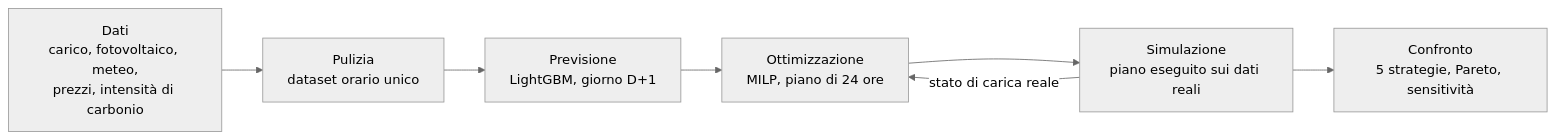
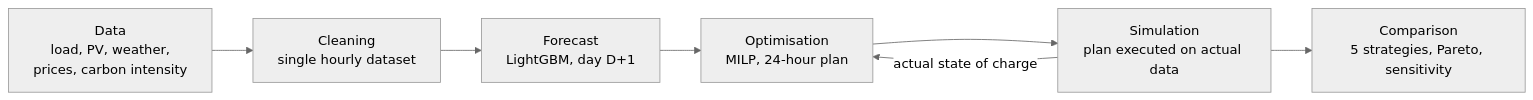
One commit to irreprensibile22/MicroGrid changed the diagram in README.md. Above: the diagram before and after it, drawn with Mermaid (neutral theme). The commit also changed other lines of this file and 33 other files, not shown here.

````diff
--- a/README.md
+++ b/README.md
@@ -23,9 +23,9 @@
 ```mermaid
 flowchart LR
-    A["Dati<br/>carico, fotovoltaico, meteo,<br/>prezzi, intensità di carbonio"] --> B["Pulizia<br/>dataset orario unico"]
-    B --> C["Previsione<br/>LightGBM, giorno D+1"]
-    C --> D["Ottimizzazione<br/>MILP, piano di 24 ore"]
-    D --> E["Simulazione<br/>piano eseguito sui dati reali"]
-    E --> F["Confronto<br/>5 strategie, Pareto, sensitività"]
-    E -- "stato di carica reale" --> D
+    A["Data<br/>load, PV, weather,<br/>prices, carbon intensity"] --> B["Cleaning<br/>single hourly dataset"]
+    B --> C["Forecast<br/>LightGBM, day D+1"]
+    C --> D["Optimisation<br/>MILP, 24-hour plan"]
+    D --> E["Simulation<br/>plan executed on actual data"]
+    E --> F["Comparison<br/>5 strategies, Pareto, sensitivity"]
+    E -- "actual state of charge" --> D
 ```
````
